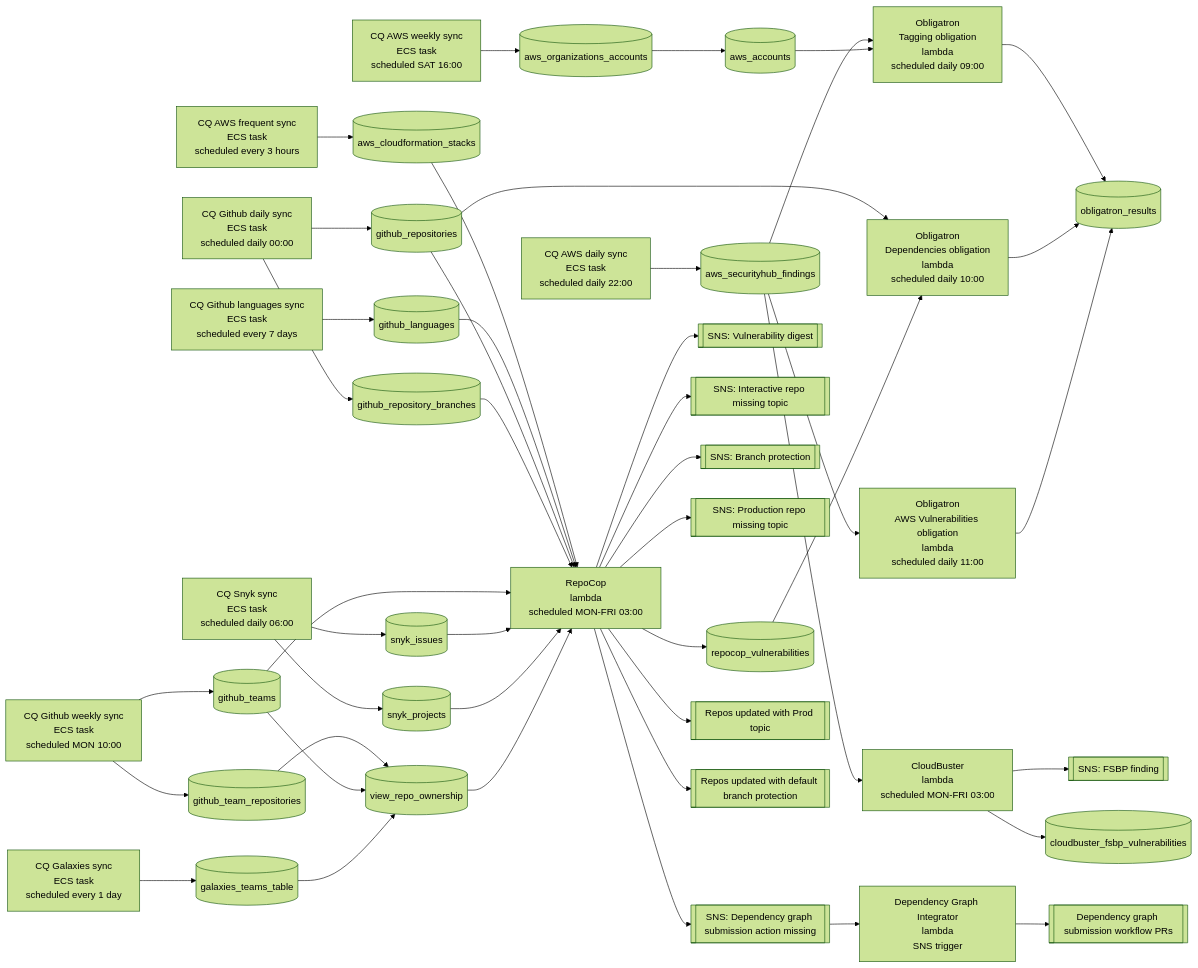
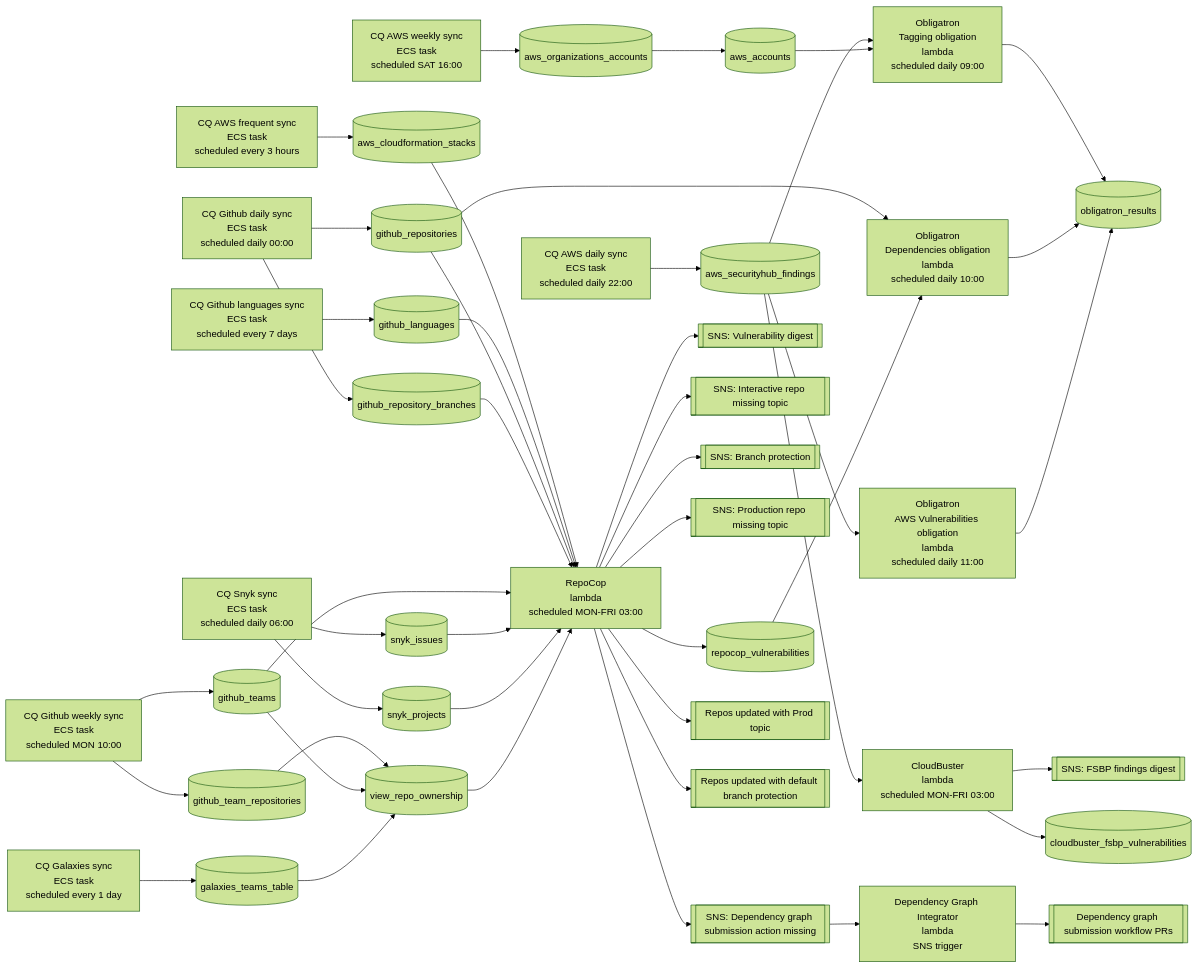
One commit to guardian/service-catalogue changed the diagram in packages/repocop/JobDependencies.md. Above: the diagram before and after it, drawn with Mermaid (forest theme).

Commit message:
Improve naming of FSBP findings digest

```diff
--- a/packages/repocop/JobDependencies.md
+++ b/packages/repocop/JobDependencies.md
@@ -26,7 +26,7 @@
     
     %% Notifications
     vulnNotice[[SNS: Vulnerability digest]]
-    fsbpNotice[[SNS: FSBP finding]]
+    fsbpNotice[[SNS: FSBP findings digest]]
     ghInteractiveRepoNotice[[SNS: Interactive repo missing topic]]
     ghBranchProtectNotice[[SNS: Branch protection]]
     ghProdRepoNotice[[SNS: Production repo missing topic]]
```
